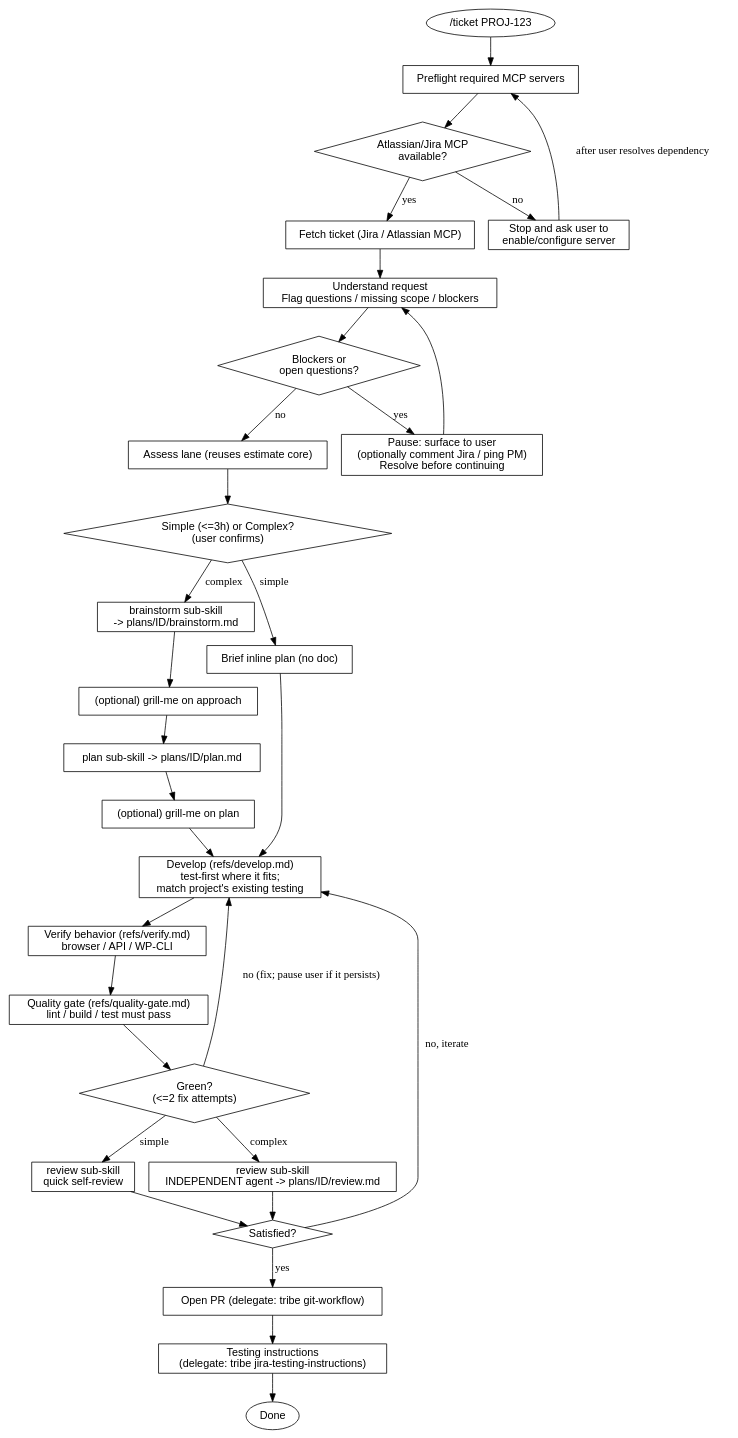
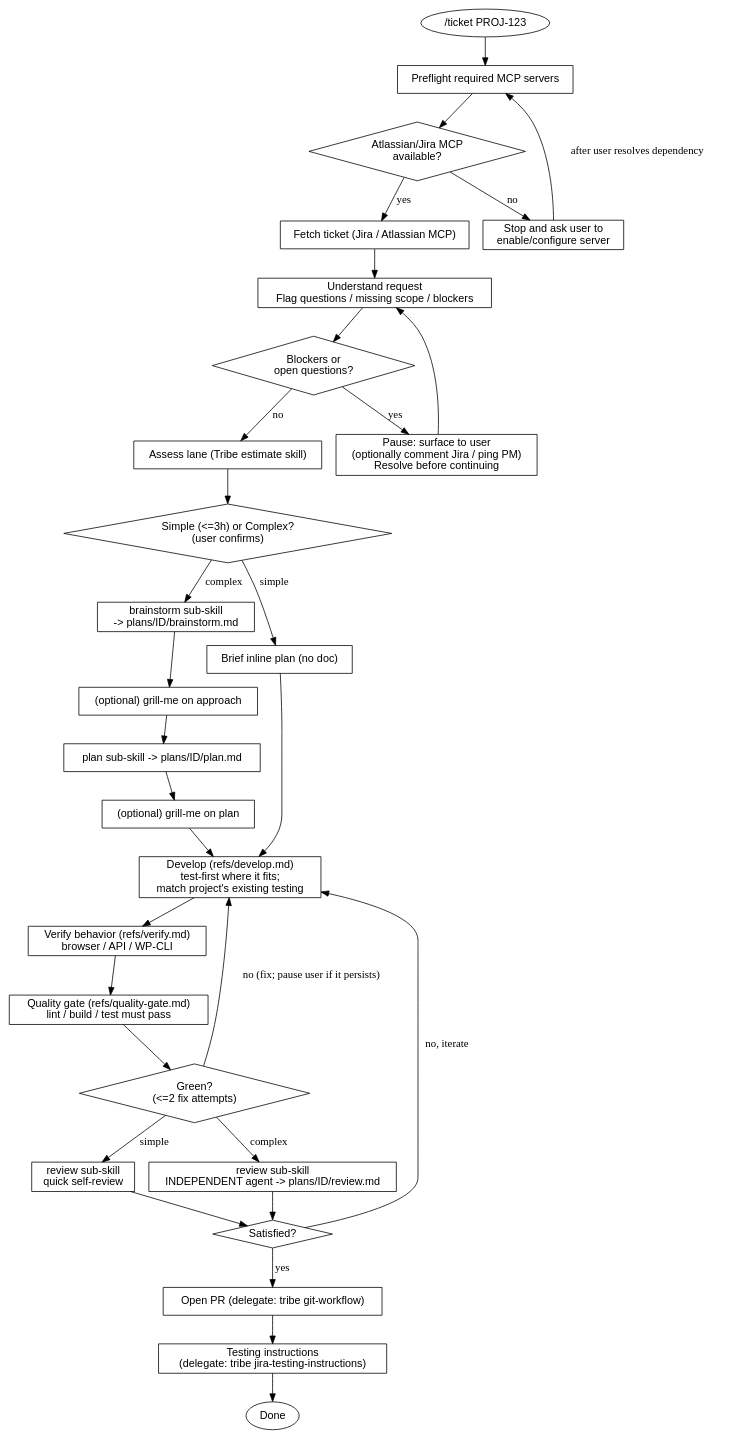
One commit to LayaTaal/tribe-harness changed the diagram in references/decision-tree.md. Above: the diagram before and after it, drawn with Graphviz. The commit also changed 11 other files, not shown here.

First line of the commit message:
Replace /estimate with the Tribe estimate skill

````diff
--- a/references/decision-tree.md
+++ b/references/decision-tree.md
@@ -7,50 +7,50 @@
 ```dot
 digraph ticket_workflow {
   rankdir=TB; node [shape=box, fontname="Helvetica"];
   start      [shape=oval, label="/ticket PROJ-123"];
   preflight  [label="Preflight required MCP servers"];
   depcheck   [shape=diamond, label="Atlassian/Jira MCP\navailable?"];
   dep_pause  [label="Stop and ask user to\nenable/configure server"];
   fetch      [label="Fetch ticket (Jira / Atlassian MCP)"];
   understand [label="Understand request\nFlag questions / missing scope / blockers"];
   blocked    [shape=diamond, label="Blockers or\nopen questions?"];
   pause      [label="Pause: surface to user\n(optionally comment Jira / ping PM)\nResolve before continuing"];
-  assess     [label="Assess lane (reuses estimate core)"];
+  assess     [label="Assess lane (Tribe estimate skill)"];
   confirm    [shape=diamond, label="Simple (<=3h) or Complex?\n(user confirms)"];
 
   brainstorm [label="brainstorm sub-skill\n-> plans/ID/brainstorm.md"];
   grill1     [label="(optional) grill-me on approach"];
   plan_c     [label="plan sub-skill -> plans/ID/plan.md"];
   grill2     [label="(optional) grill-me on plan"];
   plan_s     [label="Brief inline plan (no doc)"];
 
   develop    [label="Develop (refs/develop.md)\ntest-first where it fits;\nmatch project's existing testing"];
   verify     [label="Verify behavior (refs/verify.md)\nbrowser / API / WP-CLI"];
   gate       [label="Quality gate (refs/quality-gate.md)\nlint / build / test must pass"];
   gatecheck  [shape=diamond, label="Green?\n(<=2 fix attempts)"];
   review_c   [label="review sub-skill\nINDEPENDENT agent -> plans/ID/review.md"];
   review_s   [label="review sub-skill\nquick self-review"];
   satisfied  [shape=diamond, label="Satisfied?"];
   pr         [label="Open PR (delegate: tribe git-workflow)"];
   testing    [label="Testing instructions\n(delegate: tribe jira-testing-instructions)"];
   done       [shape=oval, label="Done"];
 
   start->preflight->depcheck;
   depcheck->fetch [label="yes"];
   depcheck->dep_pause [label="no"];
   dep_pause->preflight [label="after user resolves dependency"];
   fetch->understand->blocked;
   blocked->pause [label="yes"]; pause->understand;
   blocked->assess [label="no"]; assess->confirm;
   confirm->brainstorm [label="complex"];
   brainstorm->grill1->plan_c->grill2->develop;
   confirm->plan_s [label="simple"]; plan_s->develop;
   develop->verify;
   verify->gate->gatecheck;
   gatecheck->develop [label="no (fix; pause user if it persists)"];
   gatecheck->review_c [label="complex"]; gatecheck->review_s [label="simple"];
   review_c->satisfied; review_s->satisfied;
   satisfied->develop [label="no, iterate"]; satisfied->pr [label="yes"];
   pr->testing->done;
 }
 ```
````
